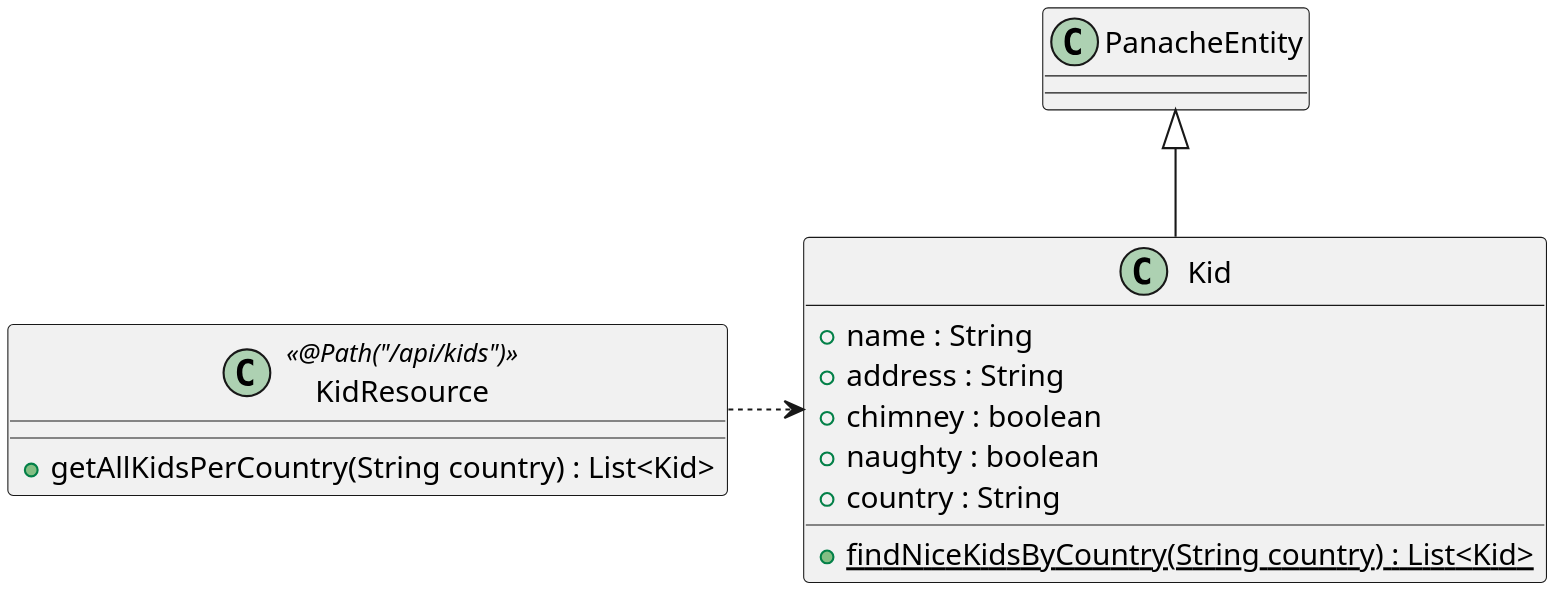
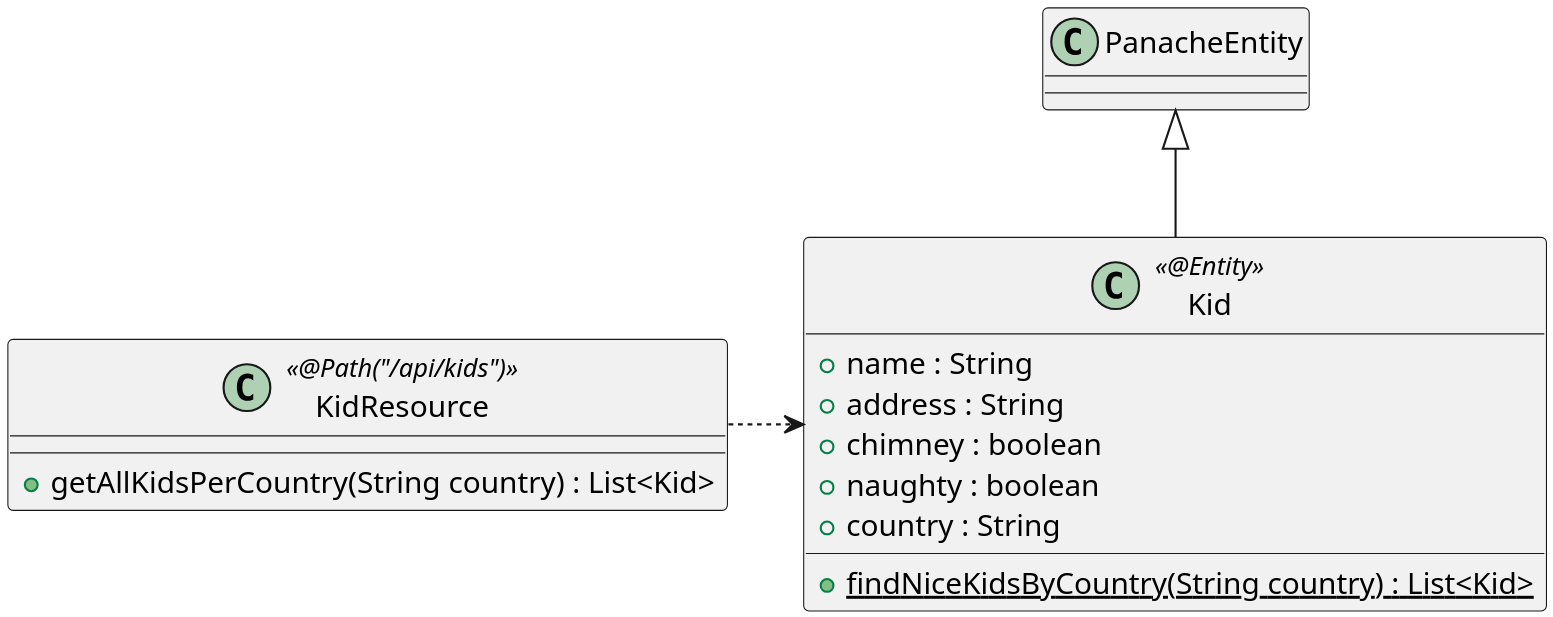
Before and after one commit to agoncal/agoncal-articles: the diagram in 2020-12-JavaAdvent/docs/src/docs/plantuml/javaadvent-figure-kids.puml, drawn with PlantUML. The commit also changed 2 other files, not shown here.

Commit message:
PlantUML

```diff
--- a/2020-12-JavaAdvent/docs/src/docs/plantuml/javaadvent-figure-kids.puml
+++ b/2020-12-JavaAdvent/docs/src/docs/plantuml/javaadvent-figure-kids.puml
@@ -1,20 +1,20 @@
 @startuml
 skinparam dpi 300
 
-class Kid {
+class Kid <<@Entity>> {
     + name : String
     + address : String
     + chimney : boolean
     + naughty : boolean
     + country : String
     {static} + findNiceKidsByCountry(String country) : List<Kid>
 }
 
 class KidResource <<@Path("/api/kids")>> {
     + getAllKidsPerCountry(String country) : List<Kid>
 }
 
 KidResource .> Kid
 PanacheEntity <|-- Kid
 
 @enduml
```
